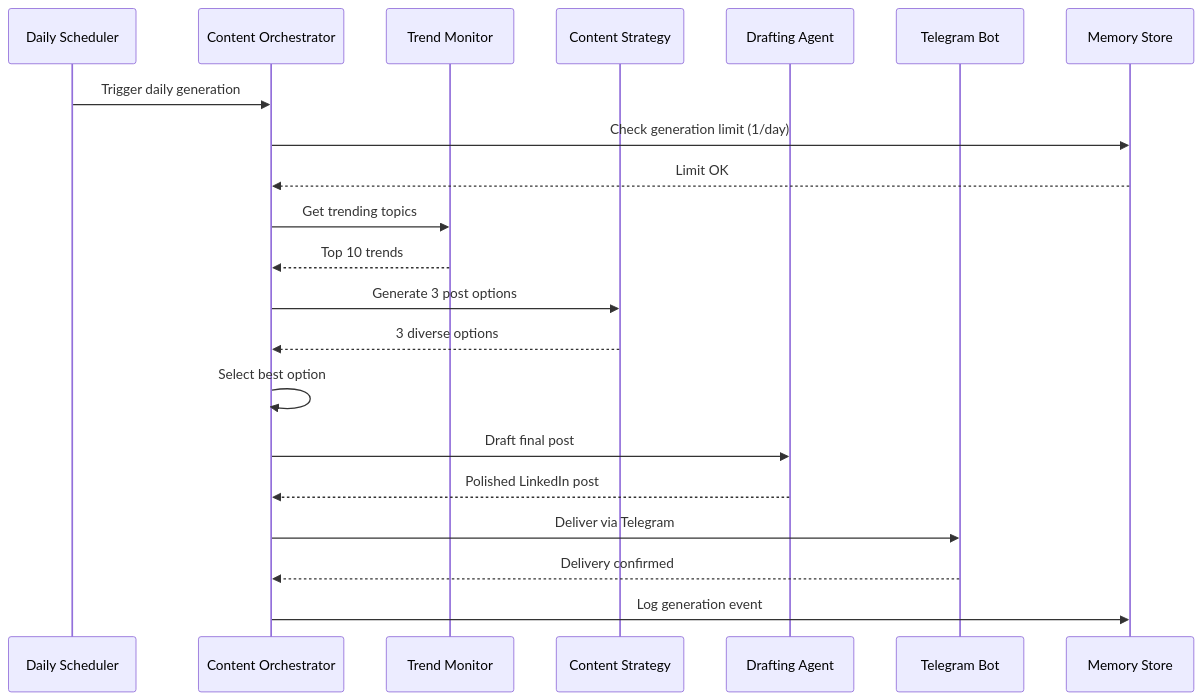
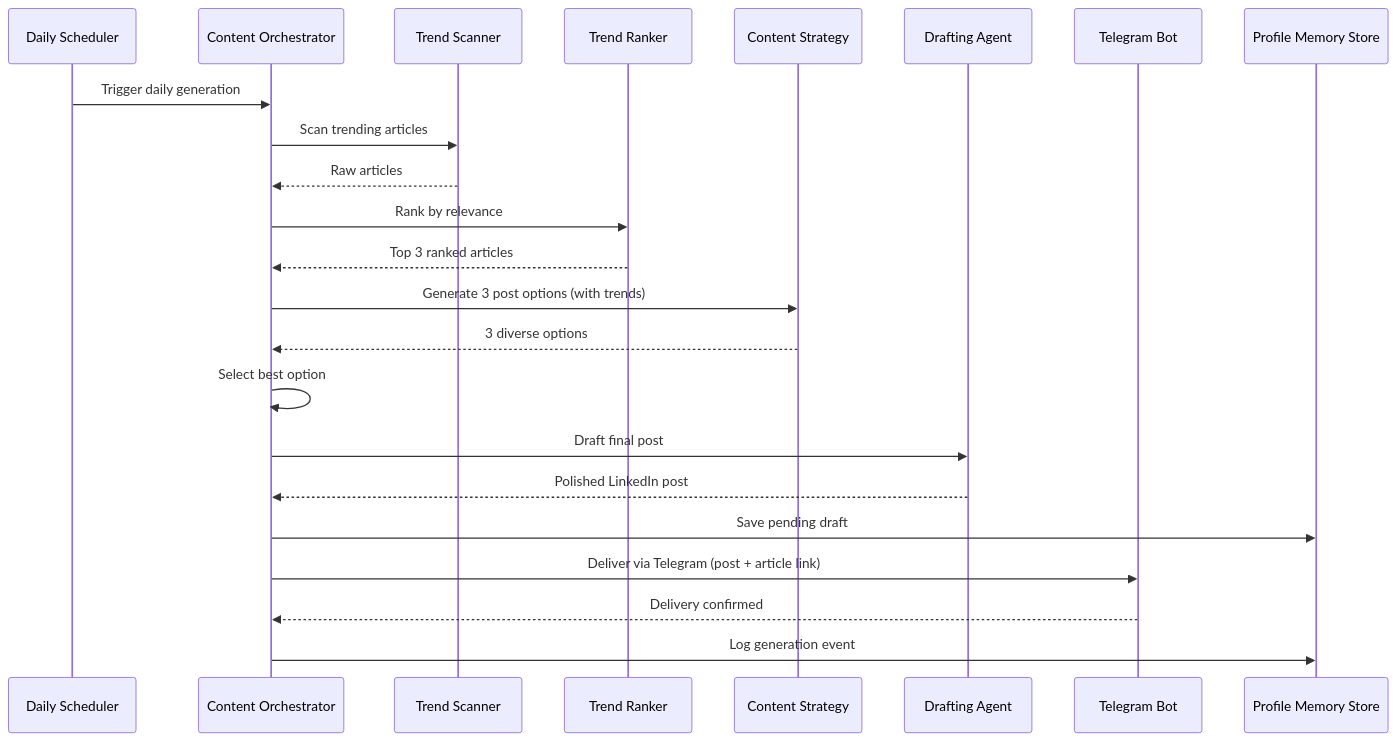
Before and after one commit to ahujahaymang/linkedin-content-assistant: the second of 2 diagrams in .kiro/specs/linkedin-content-assistant/design.md, drawn with Mermaid. The commit also changed other lines of this file and 13 other files, not shown here.

````diff
--- a/.kiro/specs/linkedin-content-assistant/design.md
+++ b/.kiro/specs/linkedin-content-assistant/design.md
@@ -452,24 +508,26 @@
 ```mermaid
 sequenceDiagram
     participant DS as Daily Scheduler
     participant CO as Content Orchestrator
-    participant TM as Trend Monitor
+    participant TS as Trend Scanner
+    participant TR as Trend Ranker
     participant CS as Content Strategy
     participant DA as Drafting Agent
     participant TB as Telegram Bot
-    participant MS as Memory Store
+    participant PMS as Profile Memory Store
     
     DS->>CO: Trigger daily generation
-    CO->>MS: Check generation limit (1/day)
-    MS-->>CO: Limit OK
-    CO->>TM: Get trending topics
-    TM-->>CO: Top 10 trends
-    CO->>CS: Generate 3 post options
+    CO->>TS: Scan trending articles
+    TS-->>CO: Raw articles
+    CO->>TR: Rank by relevance
+    TR-->>CO: Top 3 ranked articles
+    CO->>CS: Generate 3 post options (with trends)
     CS-->>CO: 3 diverse options
     CO->>CO: Select best option
     CO->>DA: Draft final post
     DA-->>CO: Polished LinkedIn post
-    CO->>TB: Deliver via Telegram
+    CO->>PMS: Save pending draft
+    CO->>TB: Deliver via Telegram (post + article link)
     TB-->>CO: Delivery confirmed
-    CO->>MS: Log generation event
+    CO->>PMS: Log generation event
 ```
````
